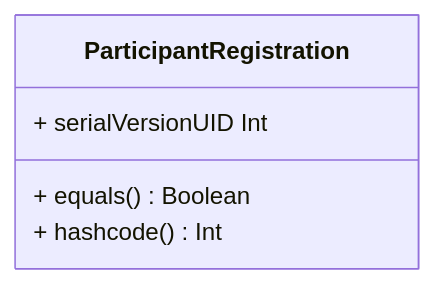
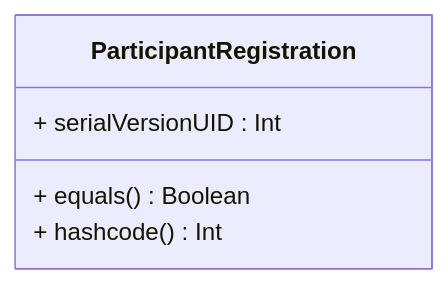
The second of 3 diagrams in content/4.examples/register-participant.draft.md (gevamu/gevamu.github.io), drawn with Mermaid before and after one commit. The commit also changed other lines of this file, not shown here.

````diff
--- a/content/4.examples/register-participant.draft.md
+++ b/content/4.examples/register-participant.draft.md
@@ -28,9 +32,9 @@
 ```mermaid
 classDiagram
   class ParticipantRegistration {
     + equals() Boolean
     + hashcode() Int
-    + serialVersionUID Int
+    + serialVersionUID : Int
 
   }
 ```
````
